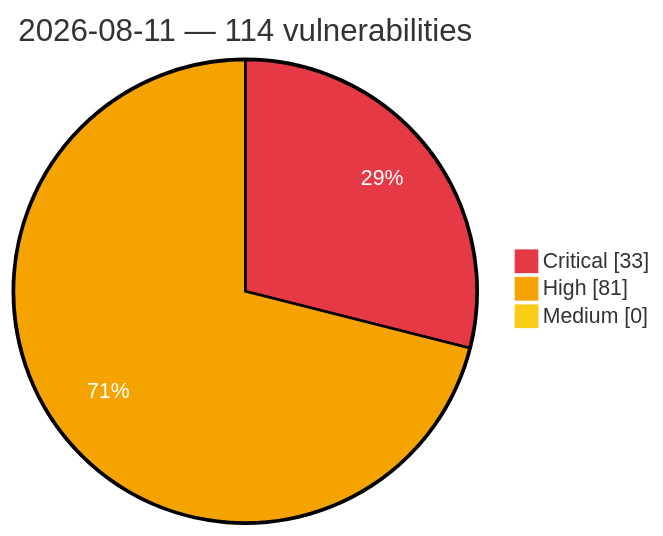
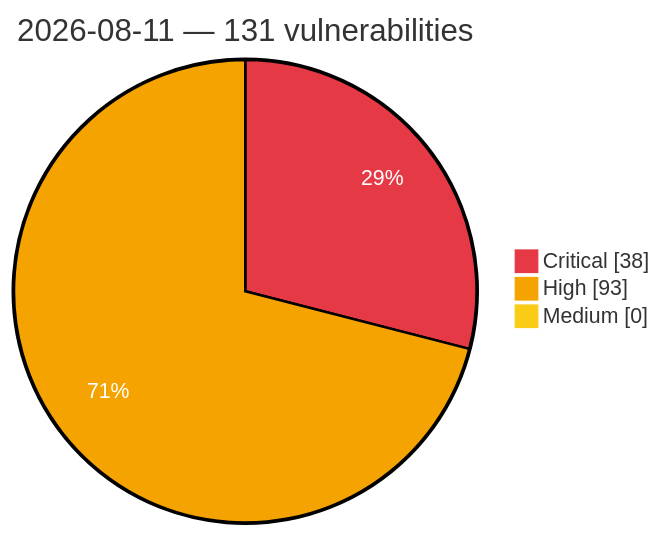
Before and after one commit to GhostX0X/vuln-tracker: the diagram in vulnerabilities/2026/August/2026-08-11.md, drawn with Mermaid. The commit also changed other lines of this file and 5 other files, not shown here.

Commit message:
Auto update: critical/high vulns (2026-08-11 22:04 UTC)

````diff
--- a/vulnerabilities/2026/August/2026-08-11.md
+++ b/vulnerabilities/2026/August/2026-08-11.md
@@ -3,8 +3,8 @@
 ```mermaid
 %%{init: {'theme':'base', 'themeVariables': {'pie1':'#e63946', 'pie2':'#f4a300', 'pie3':'#facc15', 'pieOpacity':'1', 'pieOuterStrokeWidth':'2px', 'pieSectionTextColor':'#ffffff'}}}%%
 pie showData
-    title 2026-08-11 — 114 vulnerabilities
-    "Critical" : 33
-    "High" : 81
+    title 2026-08-11 — 131 vulnerabilities
+    "Critical" : 38
+    "High" : 93
     "Medium" : 0
 ```
````
